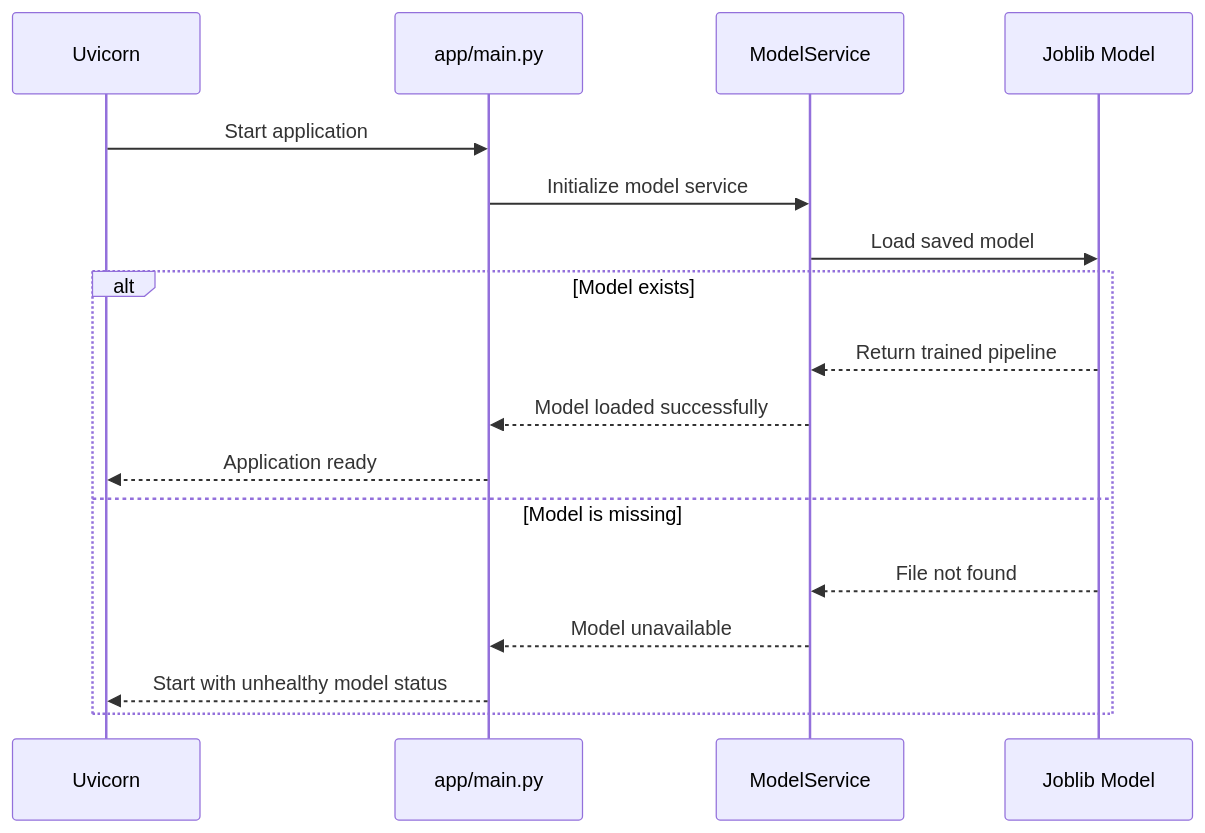
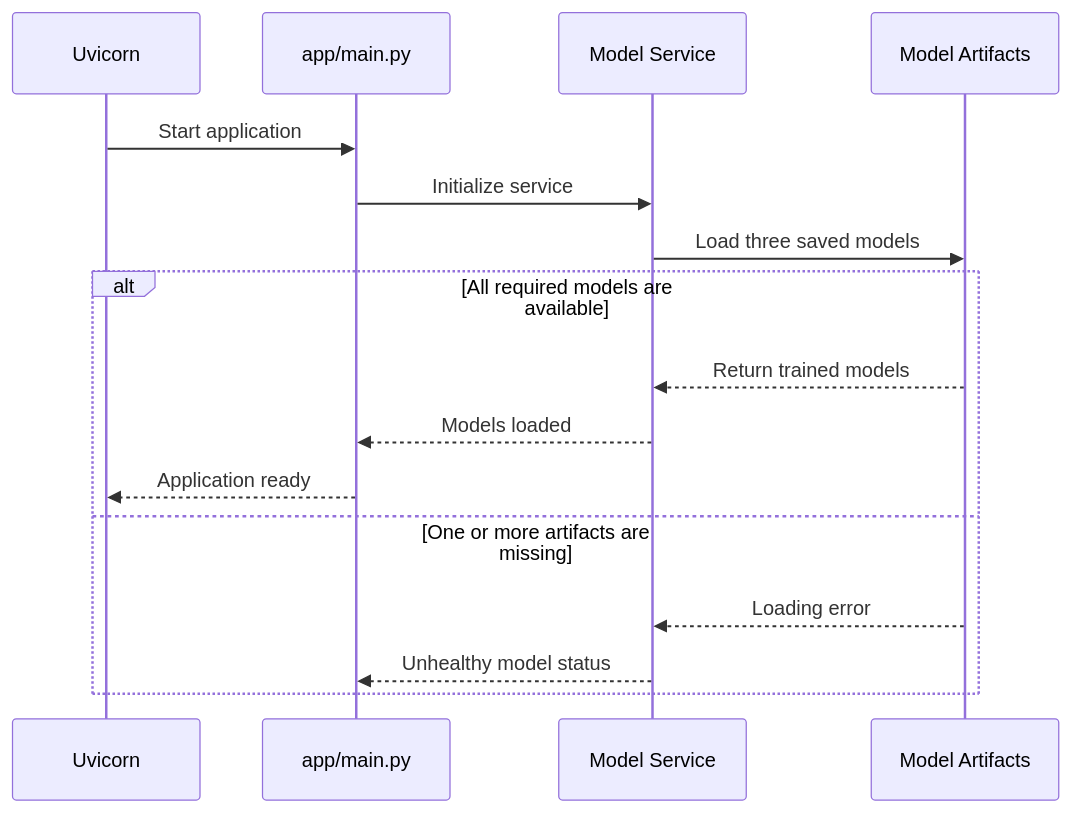
Diagram 11 of 15 in docs/architecture.md (chauhanmuskan291980-wq/gold-price-direction-predictor), drawn with Mermaid before and after one commit. The commit also changed other lines of this file and 2 other files, not shown here.

Commit message:
docs: align documentation with three-model architecture and updated API

````diff
--- a/docs/architecture.md
+++ b/docs/architecture.md
@@ -623,21 +589,20 @@
 ```mermaid
 sequenceDiagram
     participant Uvicorn
-    participant FastAPI as app/main.py
-    participant Service as ModelService
-    participant Artifact as Joblib Model
+    participant API as app/main.py
+    participant Service as Model Service
+    participant Artifacts as Model Artifacts
 
-    Uvicorn->>FastAPI: Start application
-    FastAPI->>Service: Initialize model service
-    Service->>Artifact: Load saved model
+    Uvicorn->>API: Start application
+    API->>Service: Initialize service
+    Service->>Artifacts: Load three saved models
 
-    alt Model exists
-        Artifact-->>Service: Return trained pipeline
-        Service-->>FastAPI: Model loaded successfully
-        FastAPI-->>Uvicorn: Application ready
-    else Model is missing
-        Artifact-->>Service: File not found
-        Service-->>FastAPI: Model unavailable
-        FastAPI-->>Uvicorn: Start with unhealthy model status
+    alt All required models are available
+        Artifacts-->>Service: Return trained models
+        Service-->>API: Models loaded
+        API-->>Uvicorn: Application ready
+    else One or more artifacts are missing
+        Artifacts-->>Service: Loading error
+        Service-->>API: Unhealthy model status
     end
 ```
````
